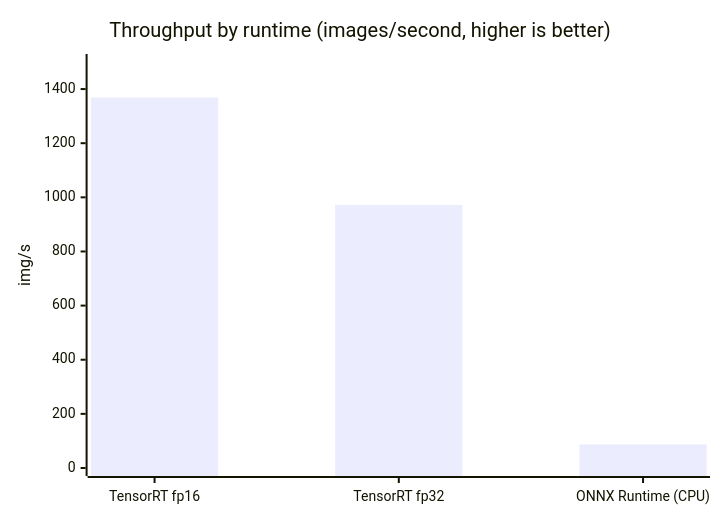
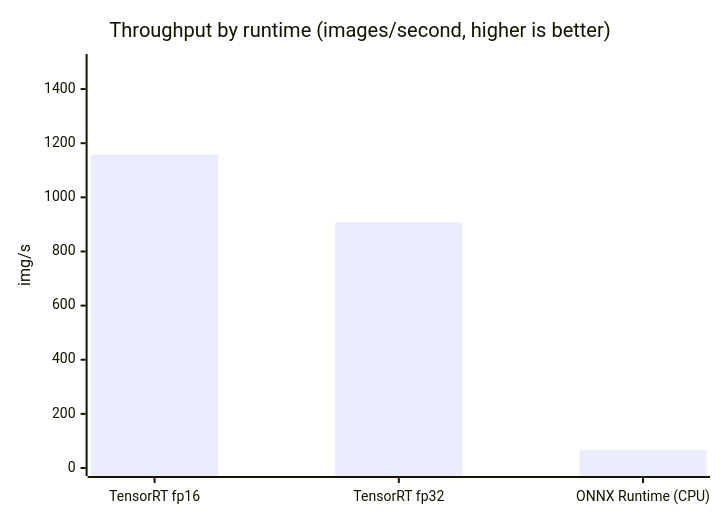
Before and after one commit to pankaj29/ML-Engineer-Challenge: the third of 3 diagrams in docs/TECHNICAL.md, drawn with Mermaid. The commit also changed other lines of this file and 6 other files, not shown here.

````diff
--- a/docs/TECHNICAL.md
+++ b/docs/TECHNICAL.md
@@ -283,7 +285,7 @@
 ```mermaid
 xychart-beta
     title "Throughput by runtime (images/second, higher is better)"
     x-axis ["TensorRT fp16", "TensorRT fp32", "ONNX Runtime (CPU)"]
     y-axis "img/s" 0 --> 1500
-    bar [1369, 972, 87]
+    bar [1158, 907, 66]
 ```
````
